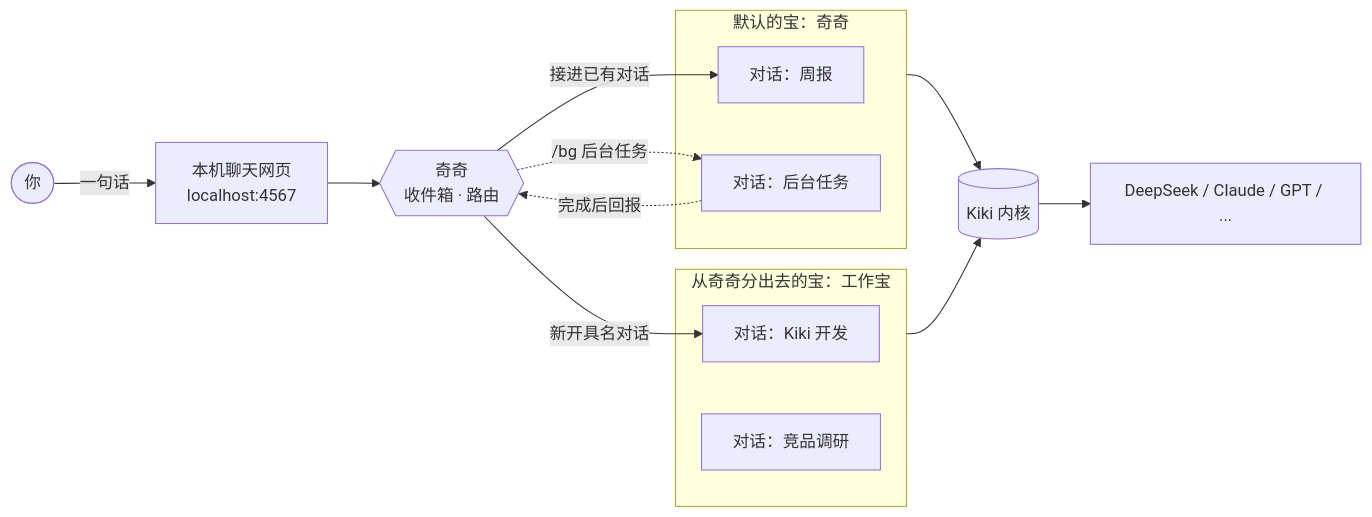
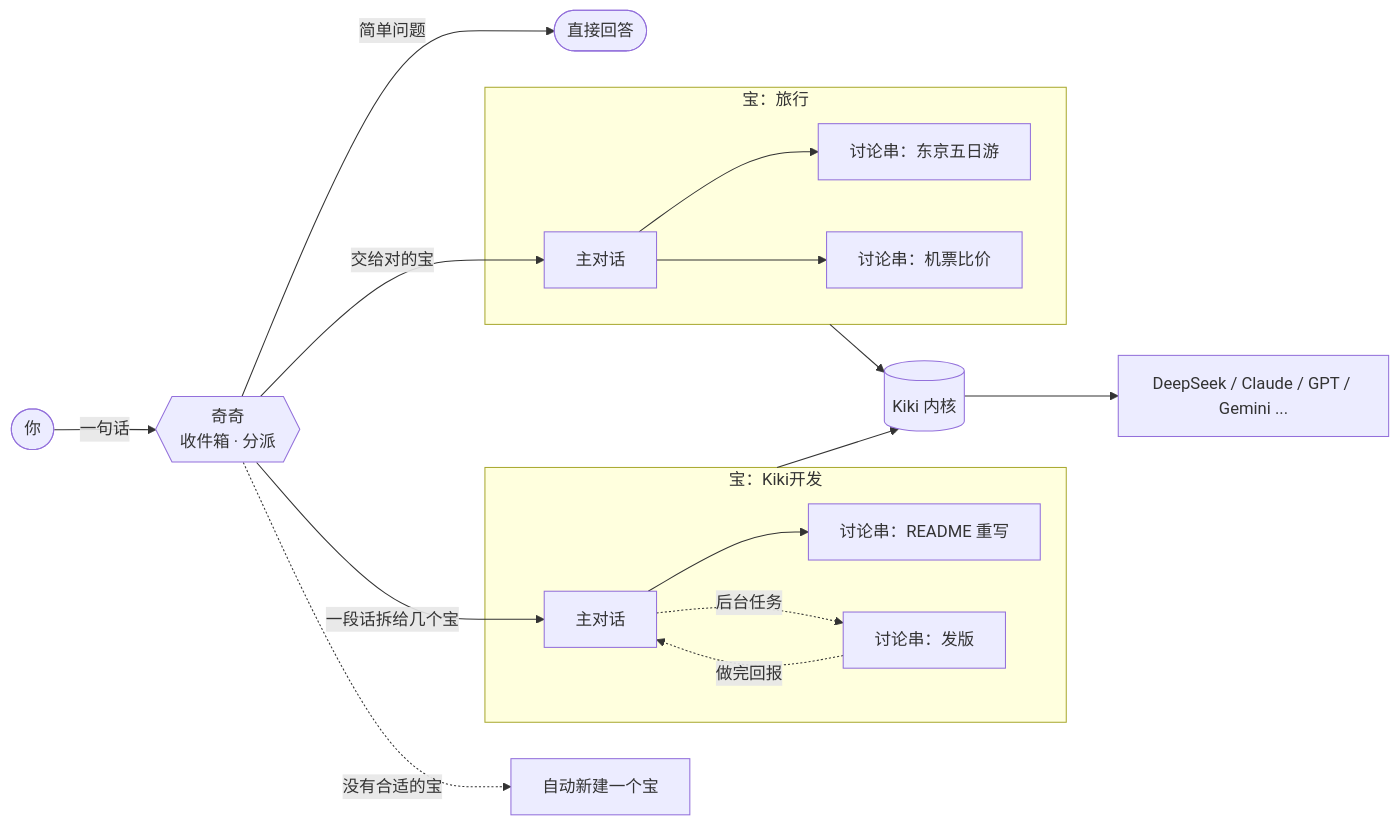
The diagram in README.md (lkyxuan/kiki), drawn with Mermaid before and after one commit. The commit also changed other lines of this file and 4 other files, not shown here.

````diff
--- a/README.md
+++ b/README.md
@@ -59,21 +107,21 @@
 ```mermaid
 flowchart LR
-    U([你]) -->|一句话| W[本机聊天网页<br/>localhost:4567]
-    W --> M{{奇奇<br/>收件箱 · 路由}}
-    M -->|接进已有对话| S1
-    M -->|新开具名对话| S3
-    M -.->|/bg 后台任务| S2
+    U([你]) -->|一句话| Q{{奇奇<br/>收件箱 · 分派}}
+    Q -->|简单问题| A([直接回答])
+    Q -->|交给对的宝| M1
+    Q -->|一段话拆给几个宝| M2
+    Q -.->|没有合适的宝| NEW[自动新建一个宝]
 
-    subgraph DEV[默认的宝：奇奇]
-        S1[对话：周报]
-        S2[对话：后台任务]
+    subgraph TRAVEL[宝：旅行]
+        M1[主对话] --> T1[讨论串：东京五日游]
+        M1 --> T2[讨论串：机票比价]
     end
-    subgraph LIFE[从奇奇分出去的宝：工作宝]
-        S3[对话：Kiki 开发]
-        S4[对话：竞品调研]
+    subgraph DEV[宝：Kiki开发]
+        M2[主对话] --> T3[讨论串：README 重写]
+        M2 -.->|后台任务| BG[讨论串：发版]
     end
 
-    DEV & LIFE --> PI[(Kiki 内核)]
-    PI --> LLM[DeepSeek / Claude / GPT / ...]
-    S2 -.->|完成后回报| M
+    TRAVEL & DEV --> K[(Kiki 内核)]
+    K --> LLM[DeepSeek / Claude / GPT / Gemini ...]
+    BG -.->|做完回报| M2
 ```
````
